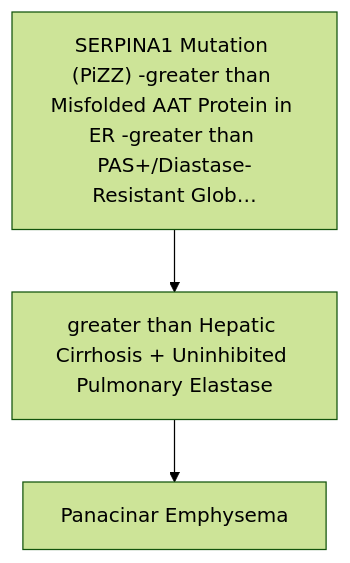
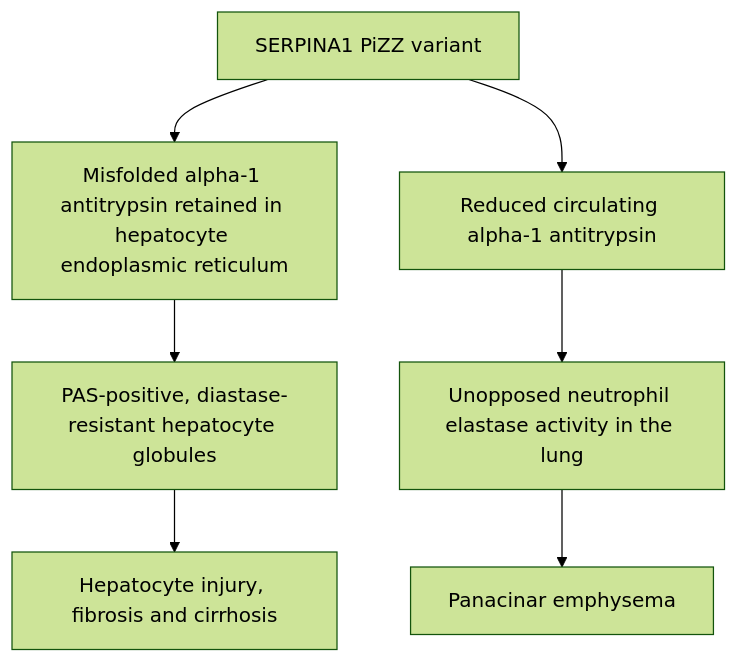
The third of 3 diagrams in Canonical notes/GIT/GIT_Chapter_12A_Hepatic_Injury_Cirrhosis_Metabolic_Diseases.md (kartikswami768/neet-pg), drawn with Mermaid (forest theme) before and after one commit. The commit also changed other lines of this file and 27 other files, not shown here.

````diff
--- a/Canonical notes/GIT/GIT_Chapter_12A_Hepatic_Injury_Cirrhosis_Metabolic_Diseases.md
+++ b/Canonical notes/GIT/GIT_Chapter_12A_Hepatic_Injury_Cirrhosis_Metabolic_Diseases.md
@@ -142,6 +146,9 @@
 ```mermaid
 flowchart TD
-  A["SERPINA1 Mutation (PiZZ) -greater than Misfolded AAT Protein in ER -greater than PAS+/Diastase-Resistant Glob…"]
-  A --> N1["greater than Hepatic Cirrhosis + Uninhibited Pulmonary Elastase"]
-  N1 --> N2["Panacinar Emphysema"]
+    A["SERPINA1 PiZZ variant"] --> B["Misfolded alpha-1 antitrypsin retained in hepatocyte endoplasmic reticulum"]
+    B --> C["PAS-positive, diastase-resistant hepatocyte globules"]
+    C --> D["Hepatocyte injury, fibrosis and cirrhosis"]
+    A --> E["Reduced circulating alpha-1 antitrypsin"]
+    E --> F["Unopposed neutrophil elastase activity in the lung"]
+    F --> G["Panacinar emphysema"]
 ```
````
